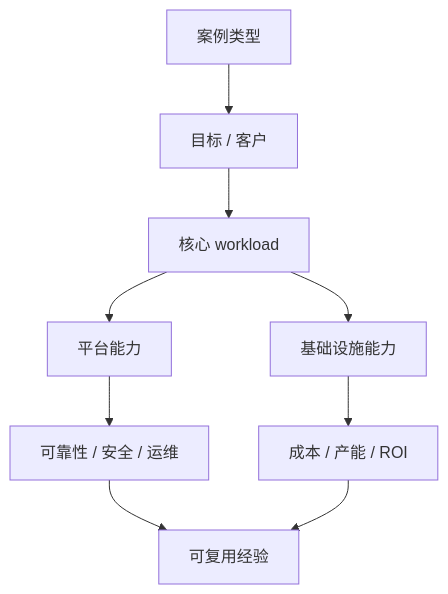
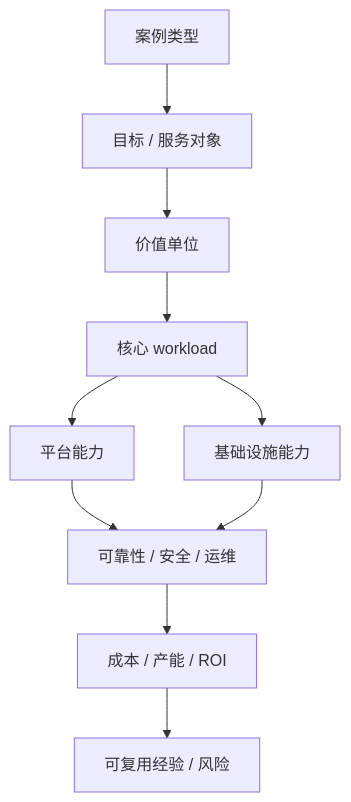
The diagram in docs/part-10-economics-cases/chapter-43-case-studies.md (ikingye/ai-factory-engineering), drawn with Mermaid before and after one commit. The commit also changed other lines of this file and 3 other files, not shown here.

Commit message:
docs: expand economics and case chapters

````diff
--- a/docs/part-10-economics-cases/chapter-43-case-studies.md
+++ b/docs/part-10-economics-cases/chapter-43-case-studies.md
@@ -23,11 +49,12 @@
 ```mermaid
 flowchart TB
-  Case["案例类型"] --> Goal["目标 / 客户"]
-  Goal --> Workload["核心 workload"]
+  Case["案例类型"] --> Goal["目标 / 服务对象"]
+  Goal --> Unit["价值单位"]
+  Unit --> Workload["核心 workload"]
   Workload --> Platform["平台能力"]
   Workload --> Infra["基础设施能力"]
-  Platform --> Reliability["可靠性 / 安全 / 运维"]
-  Infra --> Economics["成本 / 产能 / ROI"]
-  Reliability --> Lesson["可复用经验"]
-  Economics --> Lesson
+  Platform --> Ops["可靠性 / 安全 / 运维"]
+  Infra --> Ops
+  Ops --> Economics["成本 / 产能 / ROI"]
+  Economics --> Lesson["可复用经验 / 风险"]
 ```
````
